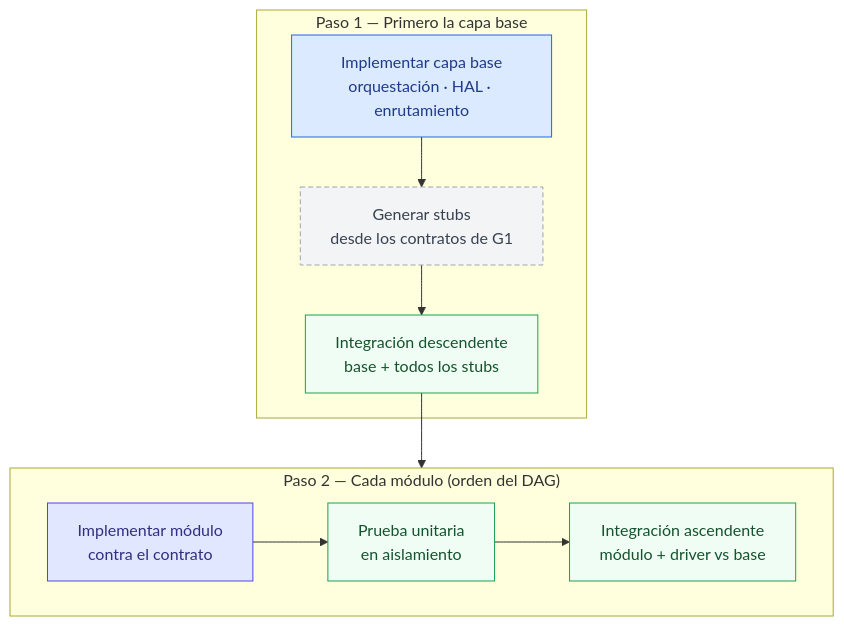
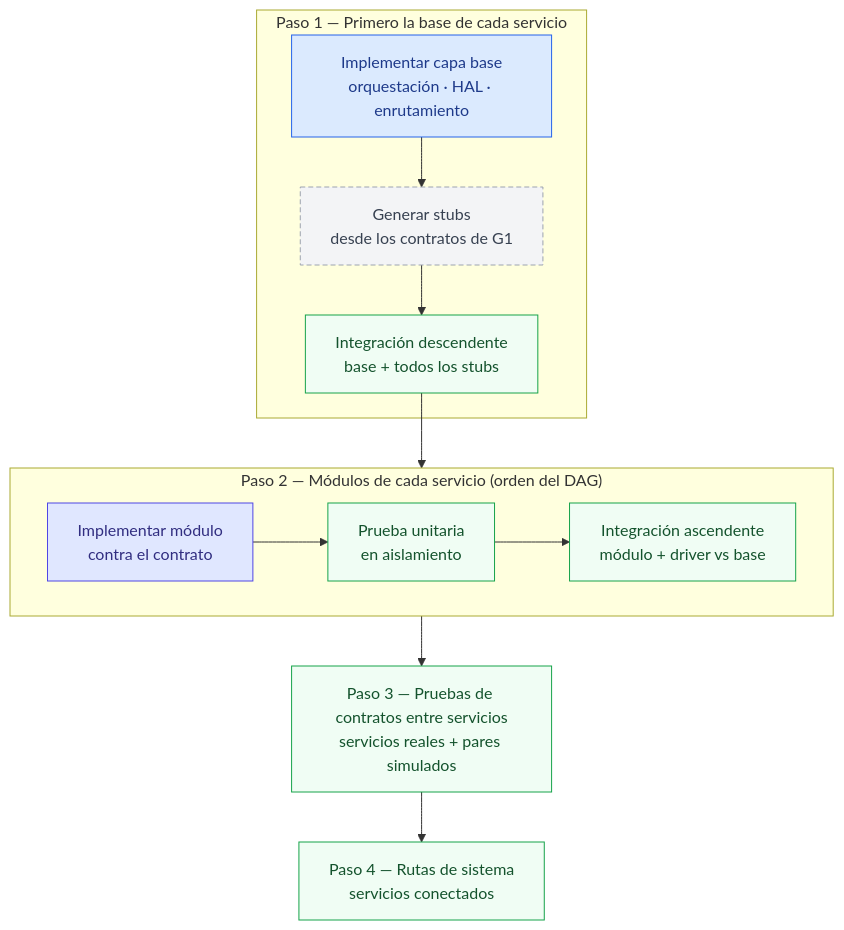
One commit to dramirezbe/codeanvil-gcpds changed the eighth of 11 diagrams in methodology/V-SIL-v3/V-SIL_v3-spa.md. Above: the diagram before and after it, drawn with Mermaid. The commit also changed other lines of this file and 3 other files, not shown here.

````diff
--- a/methodology/V-SIL-v3/V-SIL_v3-spa.md
+++ b/methodology/V-SIL-v3/V-SIL_v3-spa.md
@@ -237,23 +268,25 @@
 ```mermaid
 flowchart TD
     classDef base fill:#dbeafe,stroke:#2563eb,color:#1e3a8a
     classDef mod fill:#e0e7ff,stroke:#4f46e5,color:#312e81
     classDef test fill:#f0fdf4,stroke:#16a34a,color:#14532d
     classDef stub fill:#f3f4f6,stroke:#9ca3af,color:#374151,stroke-dasharray:5 3
 
-    subgraph STEP1["Paso 1 — Primero la capa base"]
+    subgraph STEP1["Paso 1 — Primero la base de cada servicio"]
         B["Implementar capa base<br/>orquestación · HAL · enrutamiento"]:::base
         STUBS["Generar stubs<br/>desde los contratos de G1"]:::stub
         TD["Integración descendente<br/>base + todos los stubs"]:::test
         B --> STUBS --> TD
     end
 
-    subgraph STEP2["Paso 2 — Cada módulo (orden del DAG)"]
+    subgraph STEP2["Paso 2 — Módulos de cada servicio (orden del DAG)"]
         IMPL["Implementar módulo<br/>contra el contrato"]:::mod
         UT["Prueba unitaria<br/>en aislamiento"]:::test
         BU["Integración ascendente<br/>módulo + driver vs base"]:::test
         IMPL --> UT --> BU
     end
 
     TD --> STEP2
+    STEP2 --> CONTRACT["Paso 3 — Pruebas de contratos entre servicios<br/>servicios reales + pares simulados"]:::test
+    CONTRACT --> SYSTEM["Paso 4 — Rutas de sistema<br/>servicios conectados"]:::test
 ```
````
